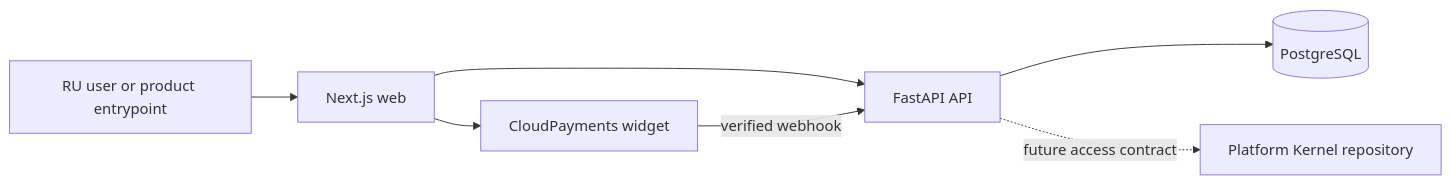
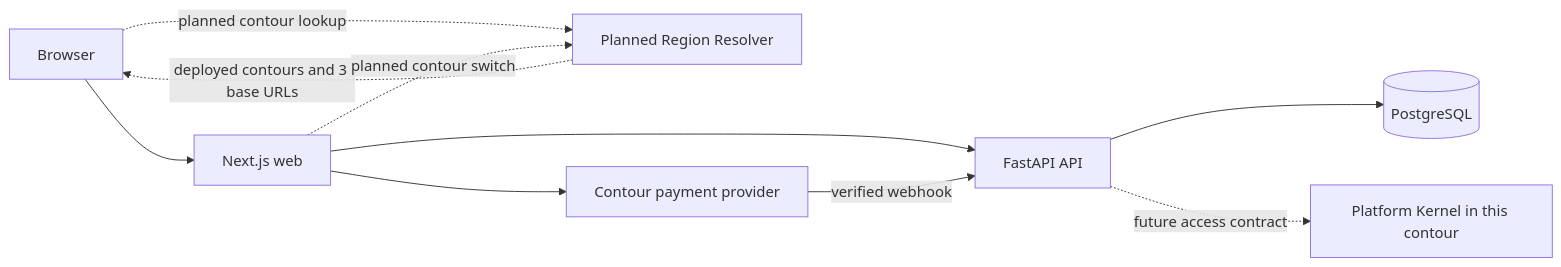
The diagram in ARCHITECTURE.md (gushinets/payments-portal), drawn with Mermaid before and after one commit. The commit also changed other lines of this file and 22 other files, not shown here.

First line of the commit message:
ANY-325 - Document multi-contour Payment Portal architecture (#53)

````diff
--- a/ARCHITECTURE.md
+++ b/ARCHITECTURE.md
@@ -14,9 +22,12 @@
 ```mermaid
 flowchart LR
-  User["RU user or product entrypoint"] --> Web["Next.js web"]
+  Browser -. "planned contour lookup" .-> Resolver["Planned Region Resolver"]
+  Resolver -. "deployed contours and 3 base URLs" .-> Browser
+  Browser --> Web["Next.js web"]
   Web --> API["FastAPI API"]
   API --> DB[("PostgreSQL")]
-  Web --> CP["CloudPayments widget"]
-  CP -->|"verified webhook"| API
-  API -. "future access contract" .-> PK["Platform Kernel repository"]
+  Web --> Provider["Contour payment provider"]
+  Provider -->|"verified webhook"| API
+  API -. "future access contract" .-> PK["Platform Kernel in this contour"]
+  Web -. "planned contour switch" .-> Resolver
 ```
````
